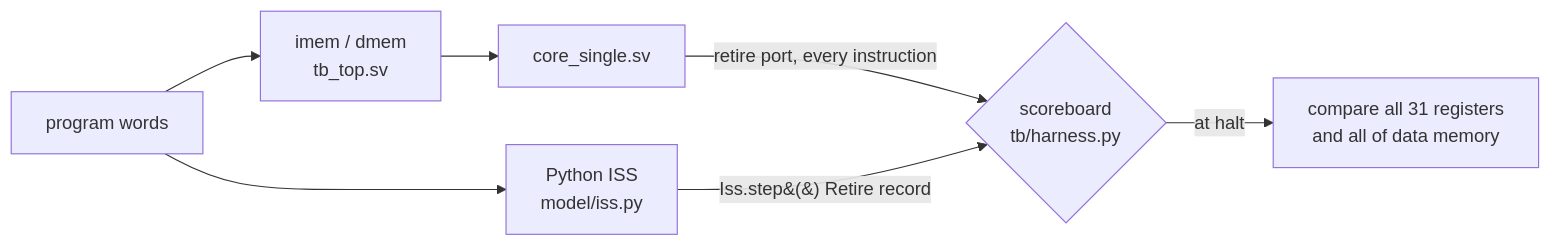
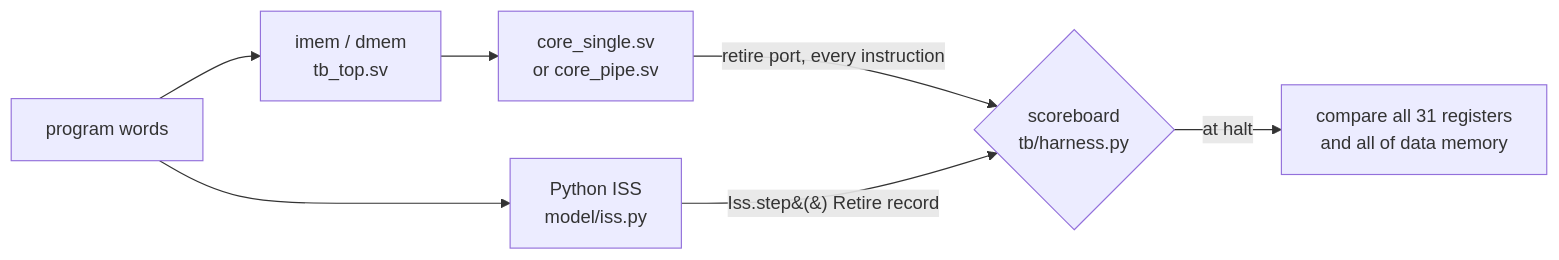
The second of 2 diagrams in README.md (ido55/rv32i-core-verif), drawn with Mermaid before and after one commit. The commit also changed other lines of this file and 2 other files, not shown here.

Commit message:
docs: report pipeline results (CPI, coverage, mutation analysis) and log the CORE override bug

````diff
--- a/README.md
+++ b/README.md
@@ -53,8 +69,8 @@
 ```mermaid
 flowchart LR
-    P[program words] --> IM[imem / dmem<br/>tb_top.sv] --> C[core_single.sv]
+    P[program words] --> IM[imem / dmem<br/>tb_top.sv] --> C[core_single.sv<br/>or core_pipe.sv]
     P --> ISS[Python ISS<br/>model/iss.py]
     C -- retire port, every instruction --> SB{scoreboard<br/>tb/harness.py}
     ISS -- Iss.step&#40;&#41; Retire record --> SB
     SB -- at halt --> F[compare all 31 registers<br/>and all of data memory]
 ```
````
